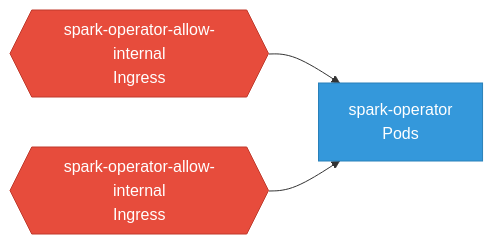
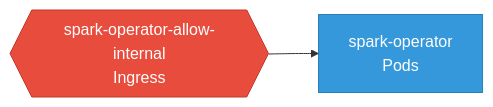
The second of 2 diagrams in site/docs/odh-platform/components/spark_operator/network.md (ugiordan/architecture-analyzer), drawn with Mermaid before and after one commit. The commit also changed other lines of this file and 299 other files, not shown here.

````diff
--- a/site/docs/odh-platform/components/spark_operator/network.md
+++ b/site/docs/odh-platform/components/spark_operator/network.md
@@ -33,12 +38,10 @@
 ```mermaid
 graph LR
     classDef policy fill:#e74c3c,stroke:#c0392b,color:#fff
     classDef pod fill:#3498db,stroke:#2980b9,color:#fff
     classDef external fill:#95a5a6,stroke:#7f8c8d,color:#fff
 
     spark_operator["spark-operator\nPods"]:::pod
     np_0_spark_operator_allow_internal{{"spark-operator-allow-internal\nIngress"}}:::policy
     np_0_spark_operator_allow_internal --> spark_operator
-    np_1_spark_operator_allow_internal{{"spark-operator-allow-internal\nIngress"}}:::policy
-    np_1_spark_operator_allow_internal --> spark_operator
 ```
````
